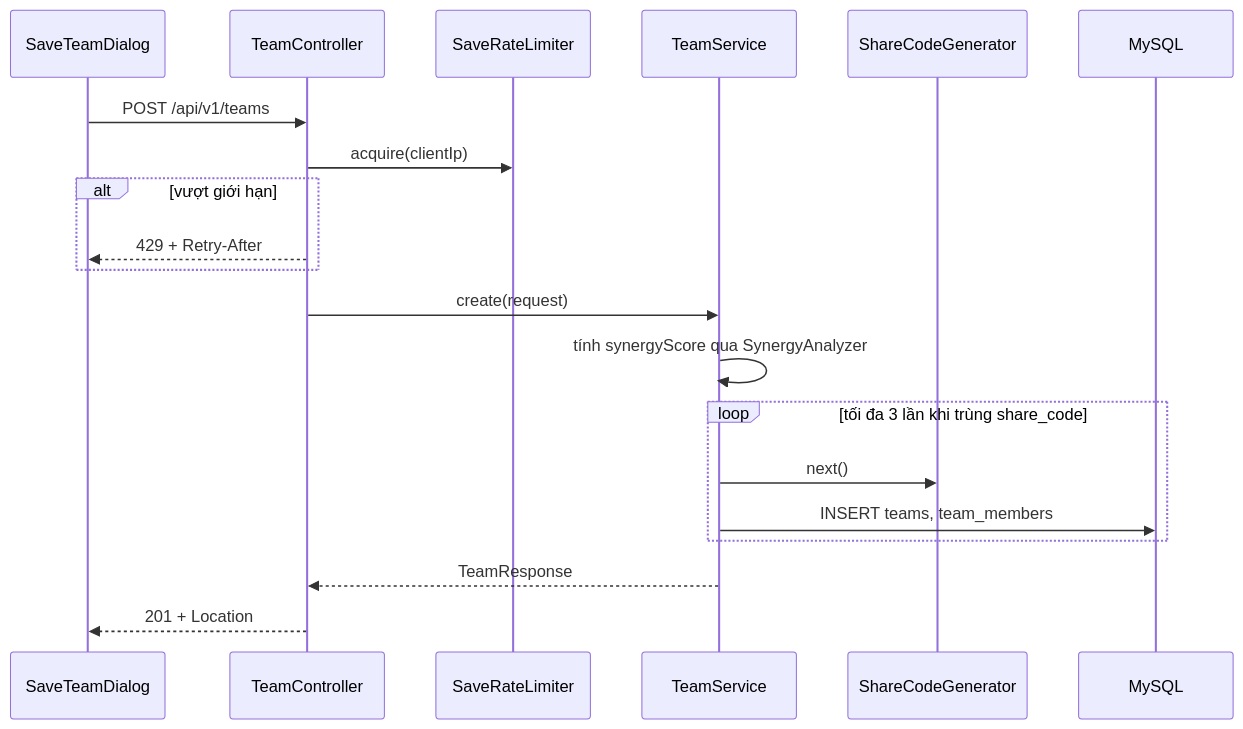
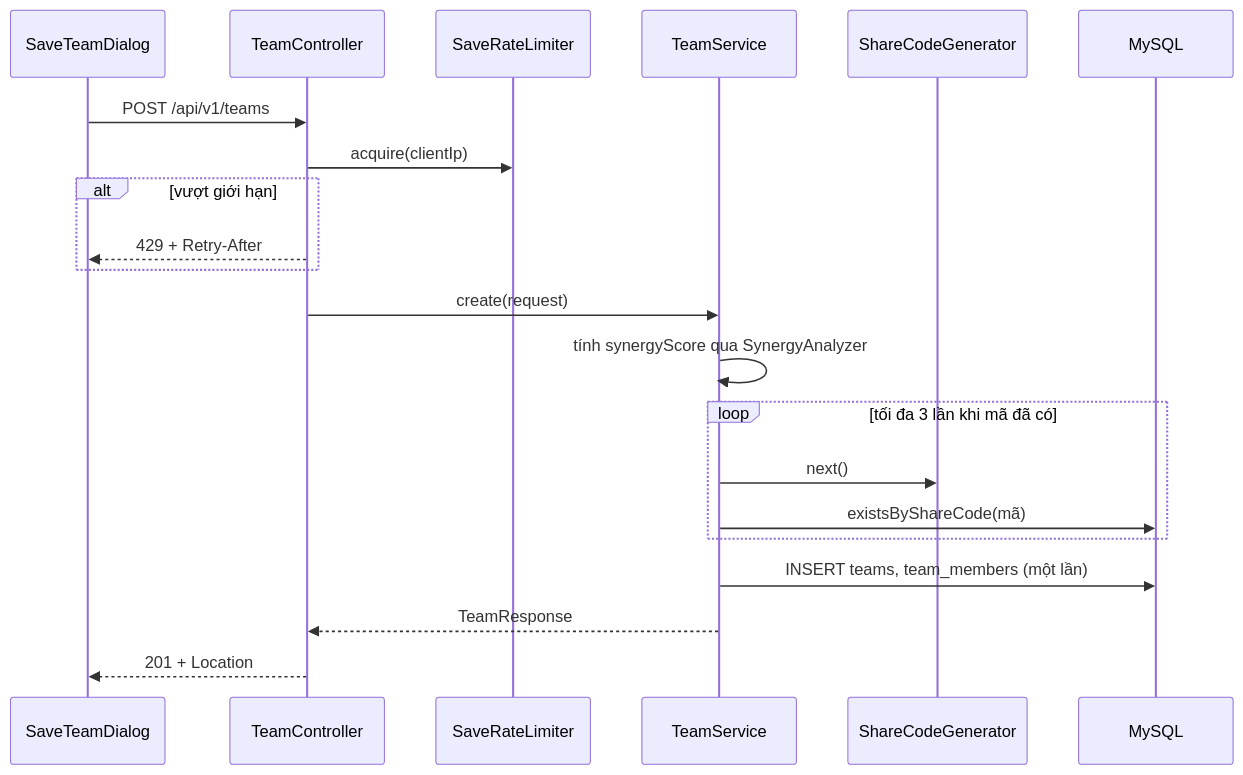
One commit to Nha-Cong-Dong/PokeNexus changed the eighth of 9 diagrams in docs/architecture.md. Above: the diagram before and after it, drawn with Mermaid. The commit also changed other lines of this file and 15 other files, not shown here.

````diff
--- a/docs/architecture.md
+++ b/docs/architecture.md
@@ -186,22 +188,23 @@
 ```mermaid
 sequenceDiagram
     participant UI as SaveTeamDialog
     participant C as TeamController
     participant L as SaveRateLimiter
     participant S as TeamService
     participant G as ShareCodeGenerator
     participant DB as MySQL
     UI->>C: POST /api/v1/teams
     C->>L: acquire(clientIp)
     alt vượt giới hạn
         C-->>UI: 429 + Retry-After
     end
     C->>S: create(request)
     S->>S: tính synergyScore qua SynergyAnalyzer
-    loop tối đa 3 lần khi trùng share_code
+    loop tối đa 3 lần khi mã đã có
         S->>G: next()
-        S->>DB: INSERT teams, team_members
+        S->>DB: existsByShareCode(mã)
     end
+    S->>DB: INSERT teams, team_members (một lần)
     S-->>C: TeamResponse
     C-->>UI: 201 + Location
 ```
````
